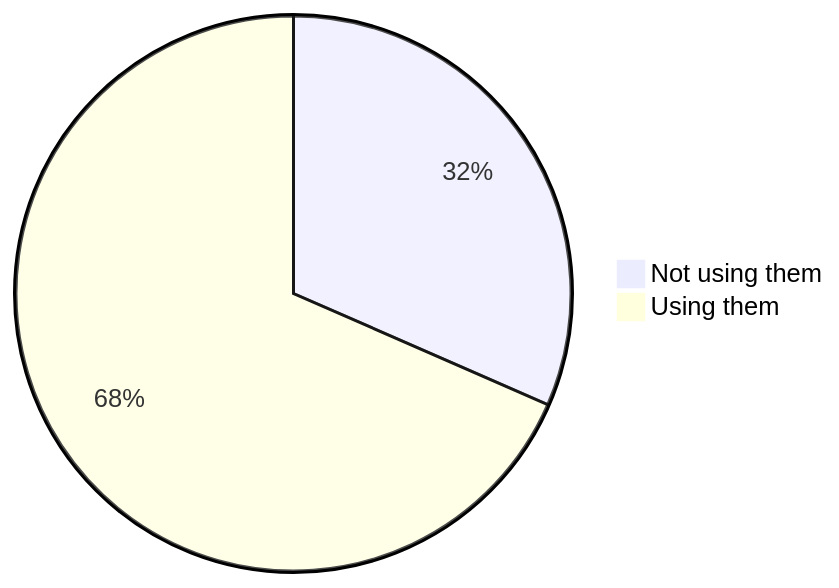
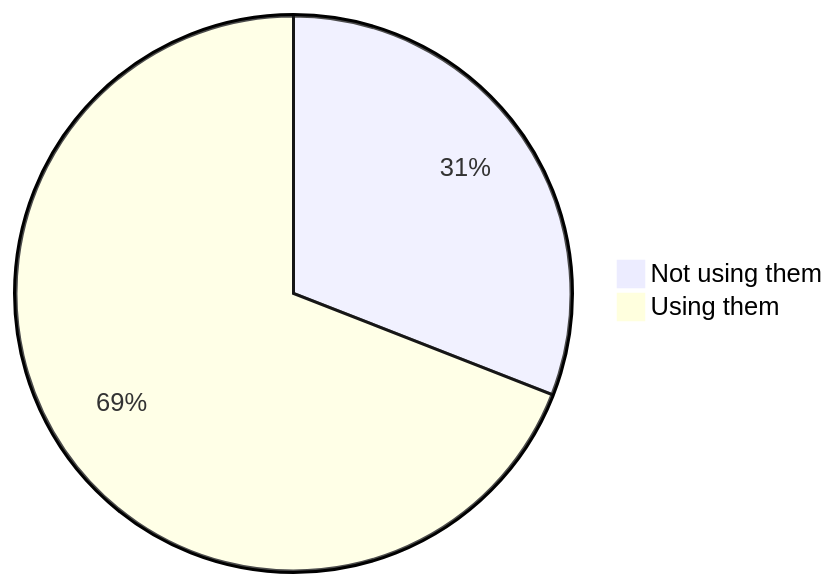
Before and after one commit to oshp/oshp-stats: the first of 22 diagrams in stats.md, drawn with Mermaid. The commit also changed other lines of this file, not shown here.

````diff
--- a/stats.md
+++ b/stats.md
@@ -10,6 +10,6 @@
 ```mermaid
 pie
-	"Not using them" : 31.56
-	"Using them" : 68.44
+	"Not using them" : 30.93
+	"Using them" : 69.07
 
 ```
````
